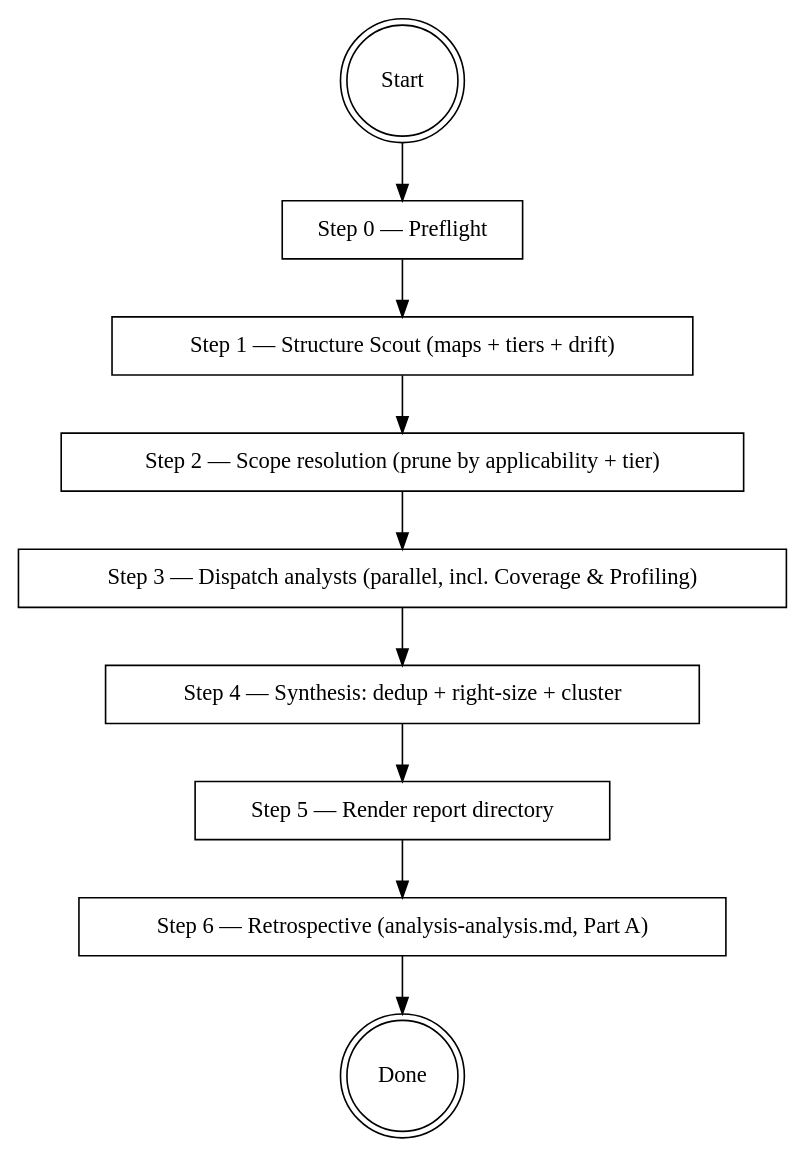
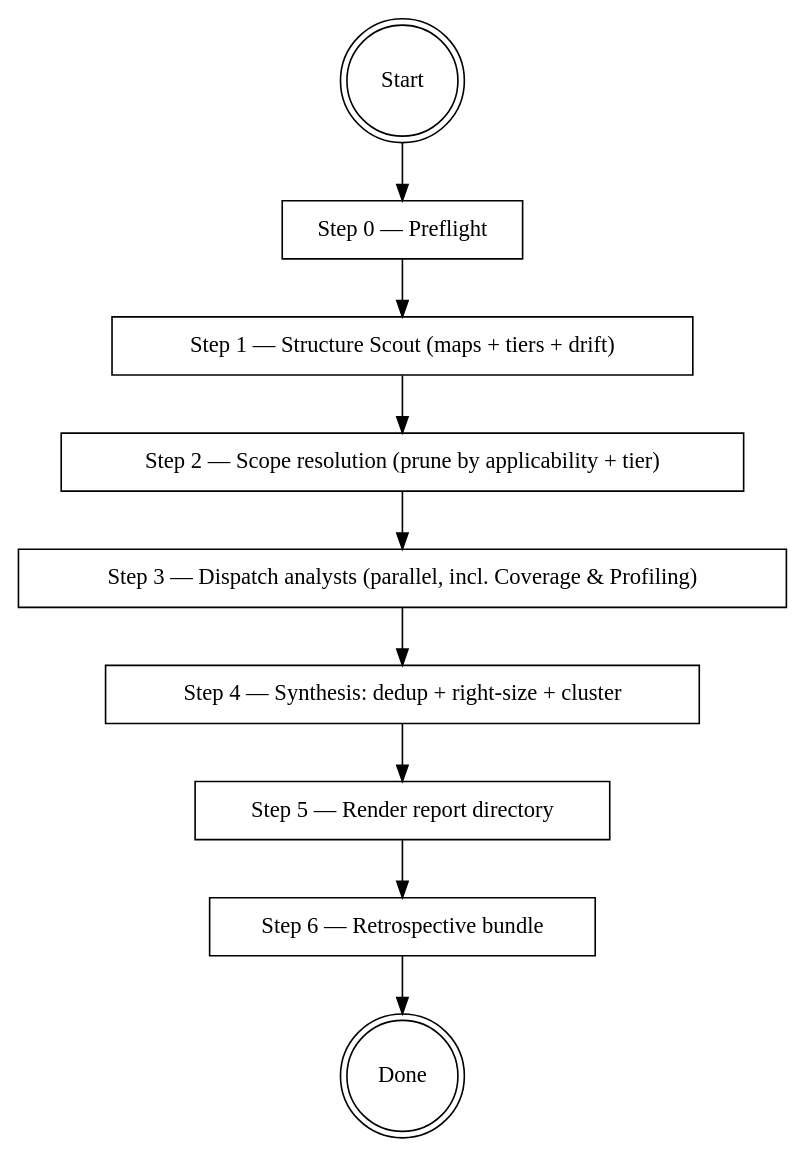
Before and after one commit to Tuxie/vibe: the diagram in plugins/codebase-deep-analysis/skills/codebase-deep-analysis/SKILL.md, drawn with Graphviz. The commit also changed other lines of this file and 13 other files, not shown here.

Commit message:
codebase-deep-analysis: 3.11.0 — retrospective bundles

````diff
--- a/plugins/codebase-deep-analysis/skills/codebase-deep-analysis/SKILL.md
+++ b/plugins/codebase-deep-analysis/skills/codebase-deep-analysis/SKILL.md
@@ -40,22 +40,22 @@
 ```dot
 digraph analysis_flow {
     "Start" [shape=doublecircle];
     "Step 0 — Preflight" [shape=box];
     "Step 1 — Structure Scout (maps + tiers + drift)" [shape=box];
     "Step 2 — Scope resolution (prune by applicability + tier)" [shape=box];
     "Step 3 — Dispatch analysts (parallel, incl. Coverage & Profiling)" [shape=box];
     "Step 4 — Synthesis: dedup + right-size + cluster" [shape=box];
     "Step 5 — Render report directory" [shape=box];
-    "Step 6 — Retrospective (analysis-analysis.md, Part A)" [shape=box];
+    "Step 6 — Retrospective bundle" [shape=box];
     "Done" [shape=doublecircle];
 
     "Start" -> "Step 0 — Preflight";
     "Step 0 — Preflight" -> "Step 1 — Structure Scout (maps + tiers + drift)";
     "Step 1 — Structure Scout (maps + tiers + drift)" -> "Step 2 — Scope resolution (prune by applicability + tier)";
     "Step 2 — Scope resolution (prune by applicability + tier)" -> "Step 3 — Dispatch analysts (parallel, incl. Coverage & Profiling)";
     "Step 3 — Dispatch analysts (parallel, incl. Coverage & Profiling)" -> "Step 4 — Synthesis: dedup + right-size + cluster";
     "Step 4 — Synthesis: dedup + right-size + cluster" -> "Step 5 — Render report directory";
-    "Step 5 — Render report directory" -> "Step 6 — Retrospective (analysis-analysis.md, Part A)";
-    "Step 6 — Retrospective (analysis-analysis.md, Part A)" -> "Done";
+    "Step 5 — Render report directory" -> "Step 6 — Retrospective bundle";
+    "Step 6 — Retrospective bundle" -> "Done";
 }
 ```
````
